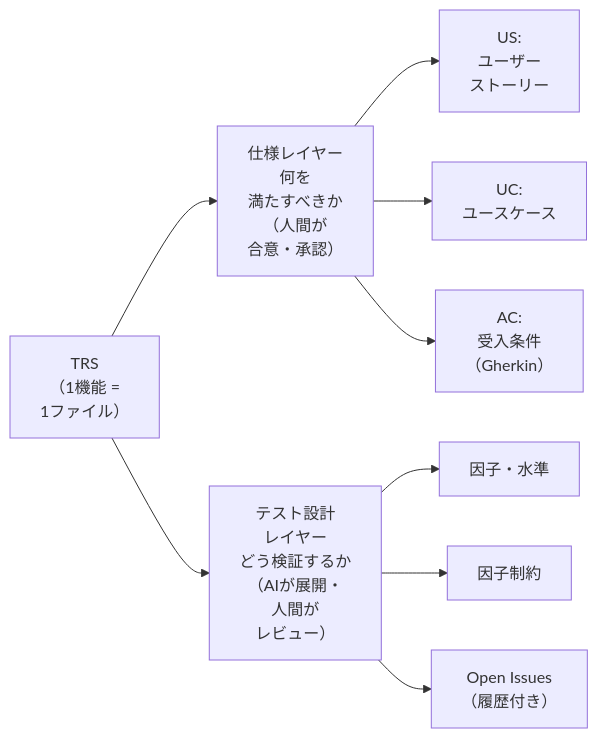
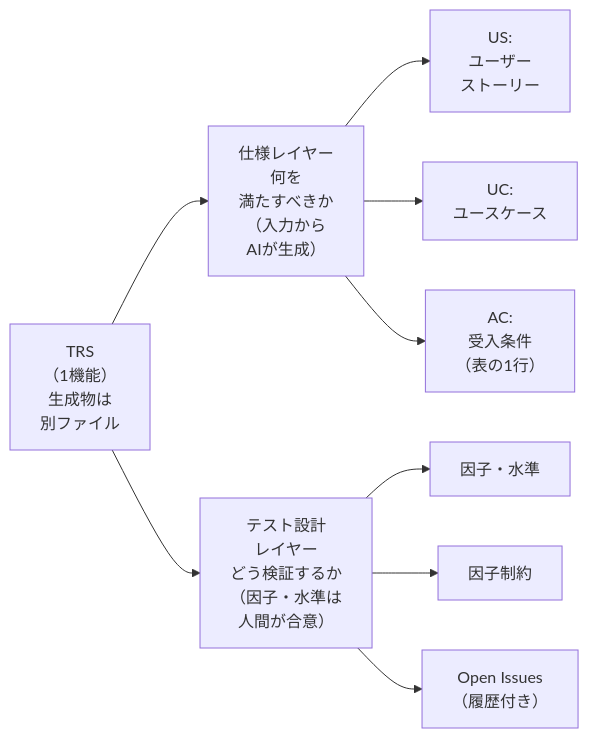
One commit to toshio-shiratori/harness-test-strategy changed the first of 4 diagrams in docs/testing/03-trs-guideline.md. Above: the diagram before and after it, drawn with Mermaid. The commit also changed other lines of this file and 8 other files, not shown here.

````diff
--- a/docs/testing/03-trs-guideline.md
+++ b/docs/testing/03-trs-guideline.md
@@ -30,12 +32,12 @@
 ```mermaid
 flowchart LR
-  TRS["TRS<br/>（1機能 =<br/>1ファイル）"]
-  TRS --> S["仕様レイヤー<br/>何を<br/>満たすべきか<br/>（人間が<br/>合意・承認）"]
-  TRS --> T["テスト設計<br/>レイヤー<br/>どう検証するか<br/>（AIが展開・<br/>人間が<br/>レビュー）"]
+  TRS["TRS<br/>（1機能）<br/>生成物は<br/>別ファイル"]
+  TRS --> S["仕様レイヤー<br/>何を<br/>満たすべきか<br/>（入力から<br/>AIが生成）"]
+  TRS --> T["テスト設計<br/>レイヤー<br/>どう検証するか<br/>（因子・水準は<br/>人間が合意）"]
   S --> US["US:<br/>ユーザー<br/>ストーリー"]
   S --> UC["UC:<br/>ユースケース"]
-  S --> AC["AC:<br/>受入条件<br/>（Gherkin）"]
+  S --> AC["AC:<br/>受入条件<br/>（表の1行）"]
   T --> F["因子・水準"]
   T --> C["因子制約"]
   T --> OI["Open Issues<br/>（履歴付き）"]
 ```
````
